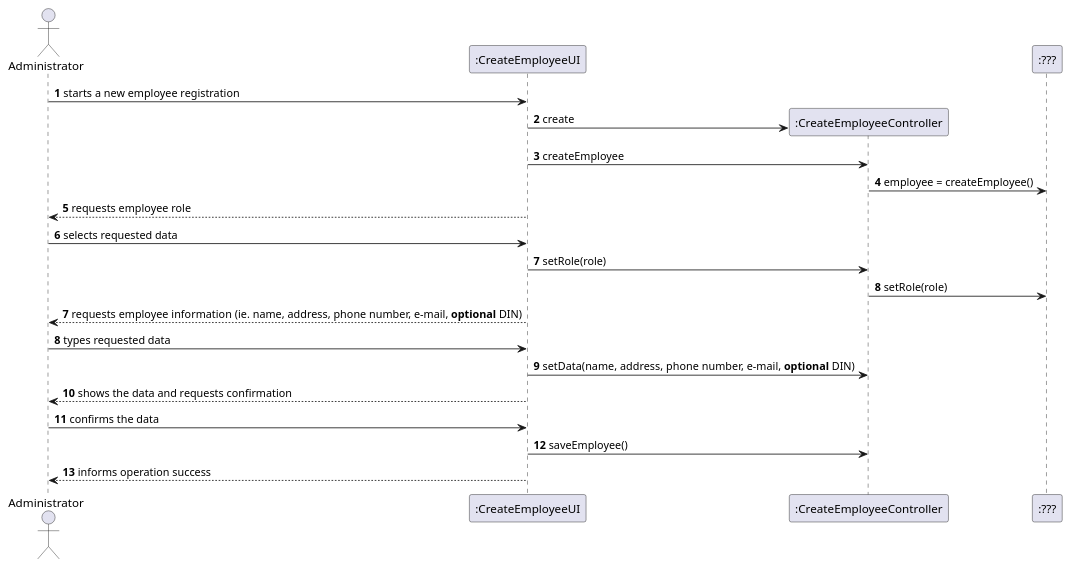
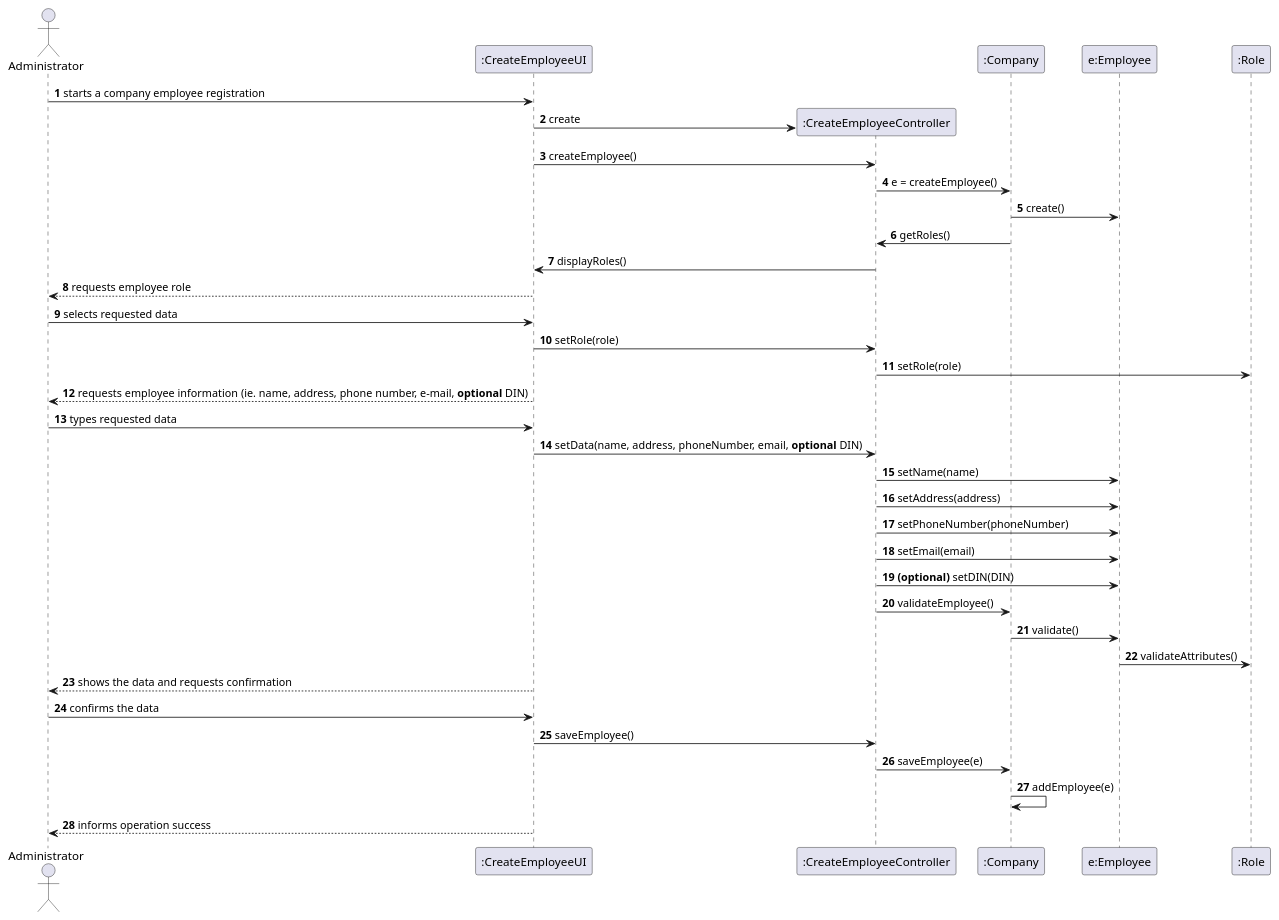
Before and after one commit to MadDinosaur/ISEP-LAPR2: the diagram in docs/SprintB/US7/US7_SD.puml, drawn with PlantUML. The commit also changed 2 other files, not shown here.

```diff
--- a/docs/SprintB/US7/US7_SD.puml
+++ b/docs/SprintB/US7/US7_SD.puml
@@ -1,24 +1,40 @@
 @startuml
 actor Administrator as admin
 participant ":CreateEmployeeUI" as ui
 participant ":CreateEmployeeController" as controller
-participant ":???" as new
-admin -> ui : **1** starts a new employee registration
+participant ":Company" as company
+participant "e:Employee" as employee
+participant ":Role" as role
+
+admin -> ui : **1** starts a company employee registration
 create controller
 ui -> controller : **2** create
-ui -> controller : **3** createEmployee
-controller -> new : **4** employee = createEmployee()
-ui --> admin : **5** requests employee role
-admin -> ui : **6** selects requested data
-ui -> controller : **7** setRole(role)
-controller -> new : **8** setRole(role)
-ui --> admin : **7** requests employee information (ie. name, address, phone number, e-mail, **optional** DIN)
-admin -> ui : **8** types requested data
-ui -> controller : **9** setData(name, address, phone number, e-mail, **optional** DIN)
-ui --> admin : **10** shows the data and requests confirmation
-admin -> ui : **11** confirms the data
-ui -> controller : **12** saveEmployee()
-ui --> admin : **13** informs operation success
+ui -> controller : **3** createEmployee()
+controller -> company : **4** e = createEmployee()
+company -> employee : **5** create()
+company -> controller : **6** getRoles()
+controller -> ui : **7** displayRoles()
+ui --> admin : **8** requests employee role
+admin -> ui : **9** selects requested data
+ui -> controller : **10** setRole(role)
+controller -> role : **11** setRole(role)
+ui --> admin : **12** requests employee information (ie. name, address, phone number, e-mail, **optional** DIN)
+admin -> ui : **13** types requested data
+ui -> controller : **14** setData(name, address, phoneNumber, email, **optional** DIN)
+controller -> employee : **15** setName(name)
+controller -> employee : **16** setAddress(address)
+controller -> employee : **17** setPhoneNumber(phoneNumber)
+controller -> employee : **18** setEmail(email)
+controller -> employee : **19 (optional)** setDIN(DIN)
+controller -> company : **20** validateEmployee()
+company -> employee : **21** validate()
+employee -> role: **22** validateAttributes()
+ui --> admin : **23** shows the data and requests confirmation
+admin -> ui : **24** confirms the data
+ui -> controller : **25** saveEmployee()
+controller -> company : **26** saveEmployee(e)
+company -> company : **27** addEmployee(e)
+ui --> admin : **28** informs operation success
 
 
 @enduml
```
